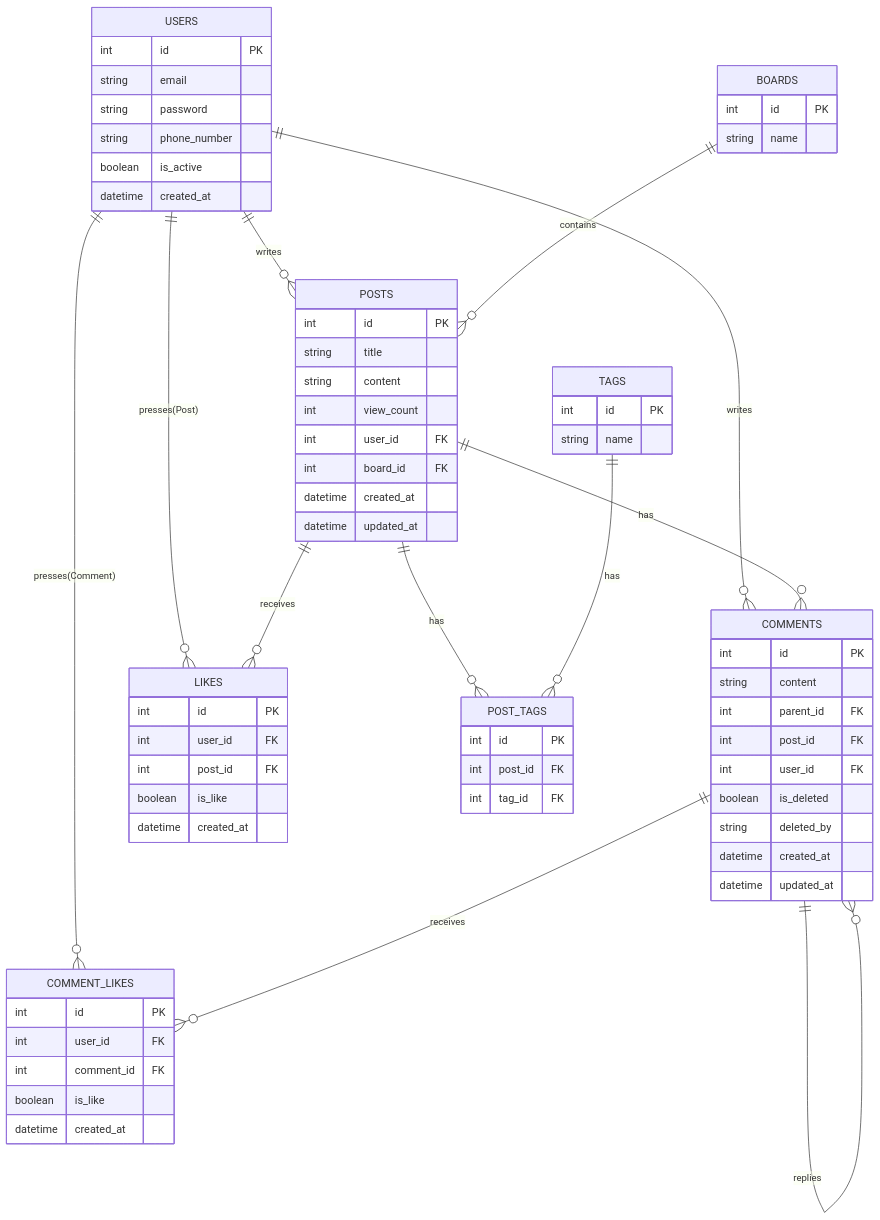
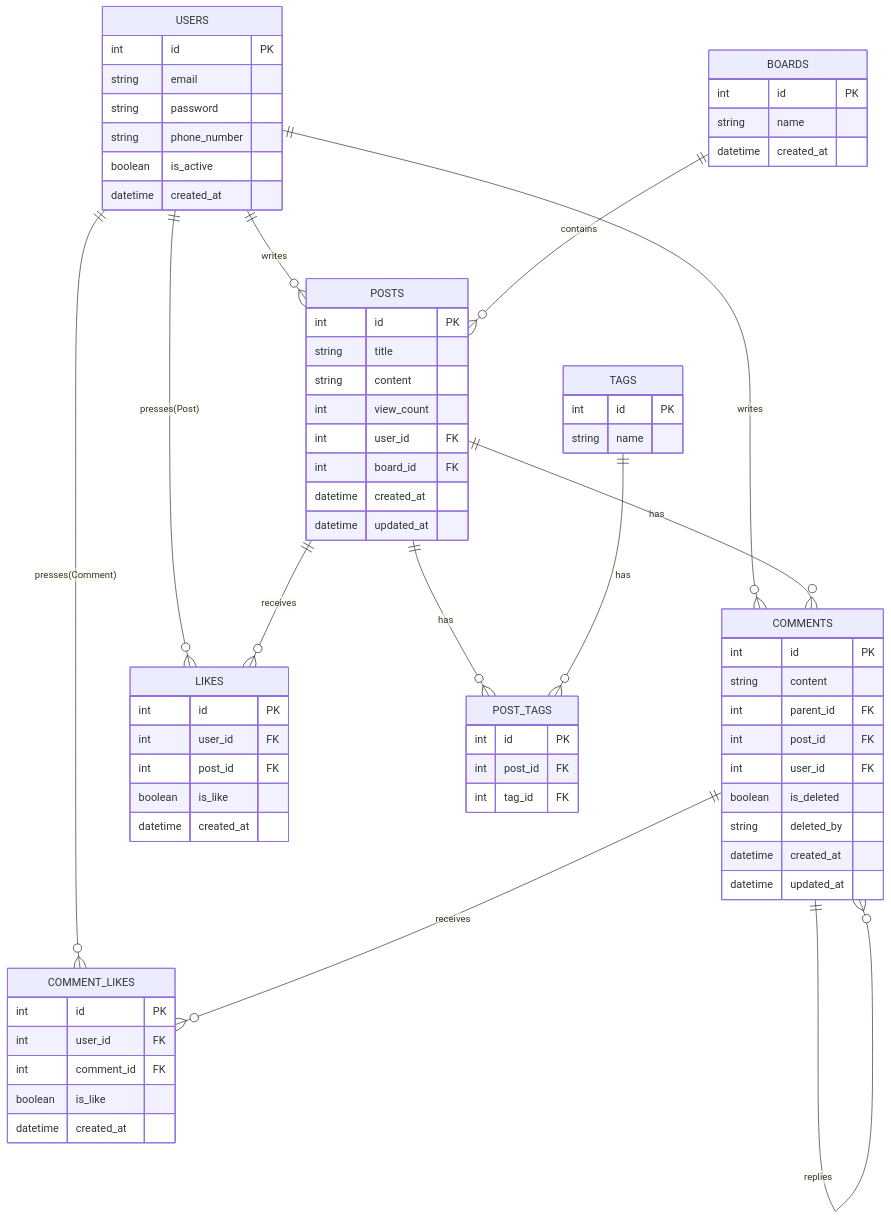
Before and after one commit to jmh0856-boop/team-board-api: the diagram in README.md, drawn with Mermaid.

Commit message:
docs: ERD BOARDS 테이블 created_at 추가

````diff
--- a/README.md
+++ b/README.md
@@ -108,78 +108,79 @@
 ```mermaid
 erDiagram
     USERS ||--o{ POSTS : writes
     USERS ||--o{ COMMENTS : writes
     USERS ||--o{ LIKES : "presses(Post)"
     USERS ||--o{ COMMENT_LIKES : "presses(Comment)"
     POSTS ||--o{ COMMENTS : has
     POSTS ||--o{ LIKES : "receives"
     BOARDS ||--o{ POSTS : contains
     COMMENTS ||--o{ COMMENTS : replies
     COMMENTS ||--o{ COMMENT_LIKES : "receives"
     POSTS ||--o{ POST_TAGS : has
     TAGS ||--o{ POST_TAGS : has
 
     USERS {
         int id PK
         string email
         string password
         string phone_number
         boolean is_active
         datetime created_at
     }
 
     BOARDS {
         int id PK
         string name
+        datetime created_at
     }
 
     POSTS {
         int id PK
         string title
         string content
         int view_count
         int user_id FK
         int board_id FK
         datetime created_at
         datetime updated_at
     }
 
     LIKES {
         int id PK
         int user_id FK
         int post_id FK
         boolean is_like
         datetime created_at
     }
 
     COMMENT_LIKES {
         int id PK
         int user_id FK
         int comment_id FK
         boolean is_like
         datetime created_at
     }
 
     COMMENTS {
         int id PK
         string content
         int parent_id FK
         int post_id FK
         int user_id FK
         boolean is_deleted
         string deleted_by
         datetime created_at
         datetime updated_at
     }
 
     TAGS {
         int id PK
         string name
     }
 
     POST_TAGS {
         int id PK
         int post_id FK
         int tag_id FK
     }
 ```
````
